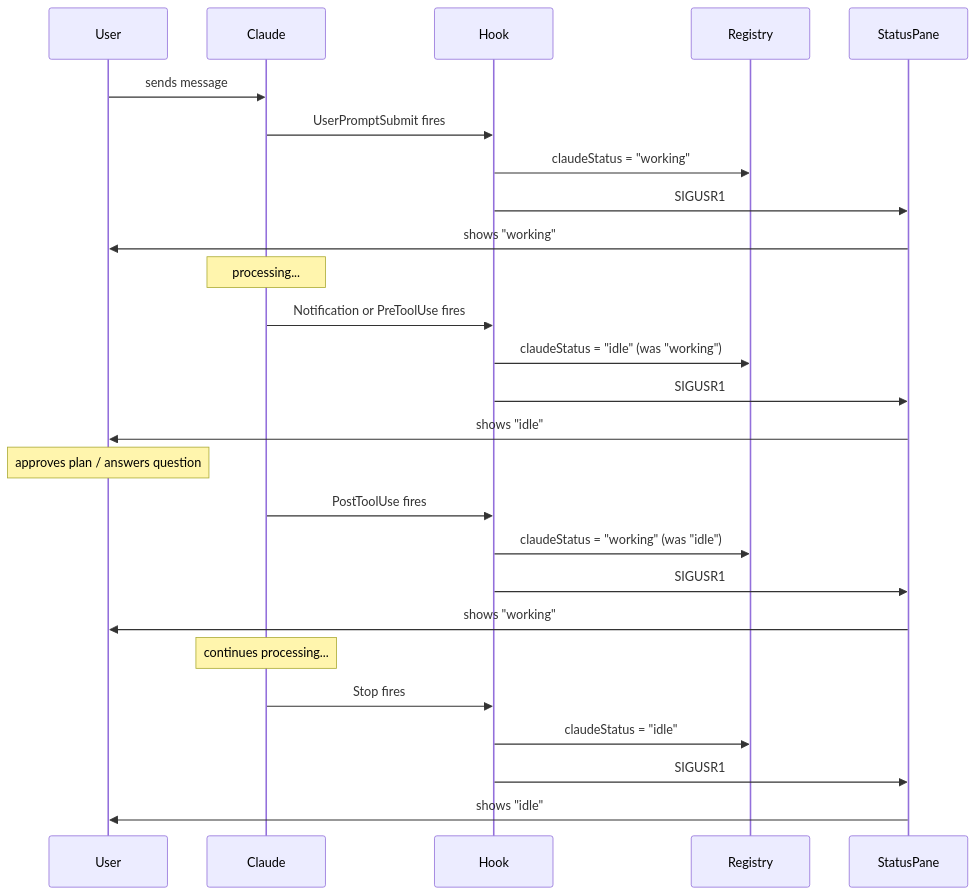
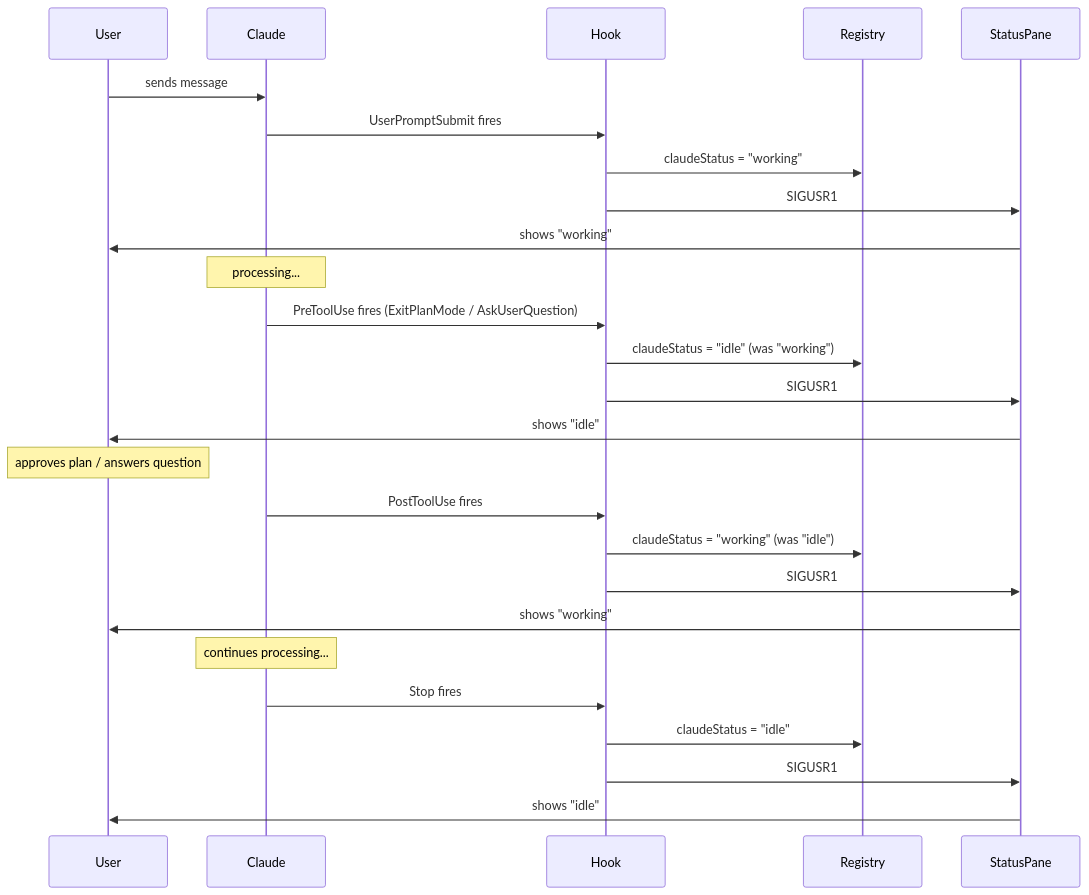
The fourth of 4 diagrams in src/dashboard/STATUS.md (keychanger/garden), drawn with Mermaid before and after one commit. The commit also changed other lines of this file and 2 other files, not shown here.

First line of the commit message:
fix: hook wrong plan mode tool and remove catch-all Notification hook

````diff
--- a/src/dashboard/STATUS.md
+++ b/src/dashboard/STATUS.md
@@ -331,35 +334,35 @@
 ```mermaid
 sequenceDiagram
     participant User
     participant Claude
     participant Hook
     participant Registry
     participant StatusPane
 
     User->>Claude: sends message
     Claude->>Hook: UserPromptSubmit fires
     Hook->>Registry: claudeStatus = "working"
     Hook->>StatusPane: SIGUSR1
     StatusPane->>User: shows "working"
 
     Note over Claude: processing...
 
-    Claude->>Hook: Notification or PreToolUse fires
+    Claude->>Hook: PreToolUse fires (ExitPlanMode / AskUserQuestion)
     Hook->>Registry: claudeStatus = "idle" (was "working")
     Hook->>StatusPane: SIGUSR1
     StatusPane->>User: shows "idle"
 
     Note over User: approves plan / answers question
 
     Claude->>Hook: PostToolUse fires
     Hook->>Registry: claudeStatus = "working" (was "idle")
     Hook->>StatusPane: SIGUSR1
     StatusPane->>User: shows "working"
 
     Note over Claude: continues processing...
 
     Claude->>Hook: Stop fires
     Hook->>Registry: claudeStatus = "idle"
     Hook->>StatusPane: SIGUSR1
     StatusPane->>User: shows "idle"
 ```
````
